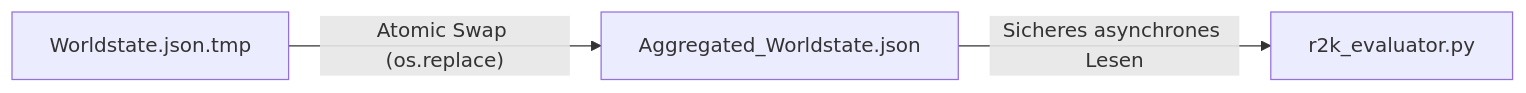
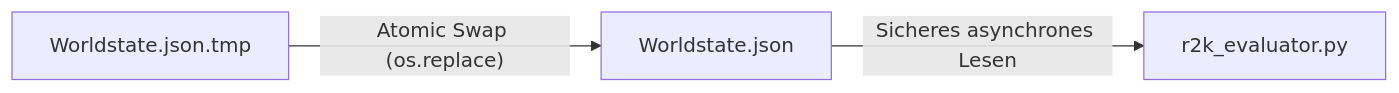
Before and after one commit to AK-Smart-Machines-HS-KL/R2K-HSL: the second of 2 diagrams in core/src/ros2k_knowledge/ROS2K_GEM_FAQ.md, drawn with Mermaid. The commit also changed other lines of this file and 4 other files, not shown here.

```diff
--- a/core/src/ros2k_knowledge/ROS2K_GEM_FAQ.md
+++ b/core/src/ros2k_knowledge/ROS2K_GEM_FAQ.md
@@ -87,5 +99,5 @@
 ~~~mermaid
 graph LR
-    TMP["Worldstate.json.tmp"] -->|"Atomic Swap (os.replace)"| FIN["Aggregated_Worldstate.json"]
+    TMP["Worldstate.json.tmp"] -->|"Atomic Swap (os.replace)"| FIN["Worldstate.json"]
     FIN -->|"Sicheres asynchrones Lesen"| EVAL["r2k_evaluator.py"]
 ~~~
```
